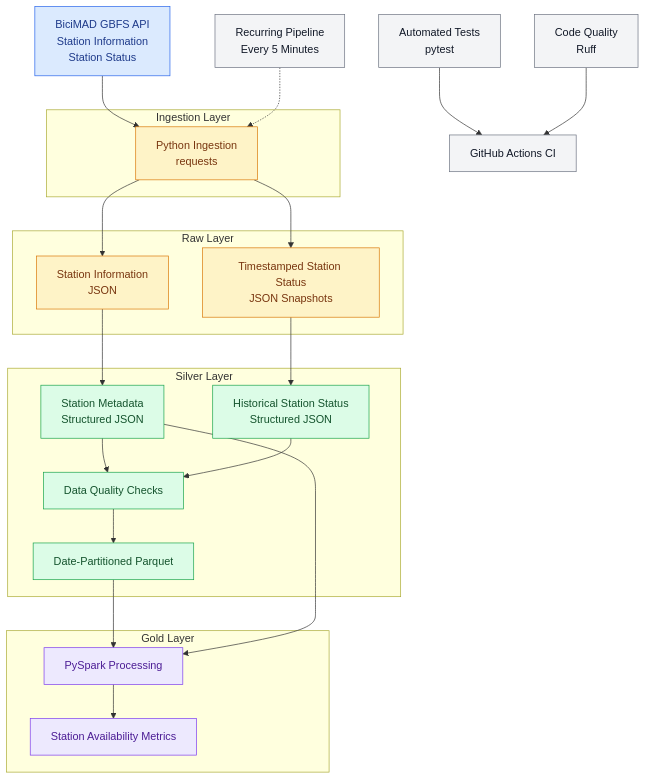
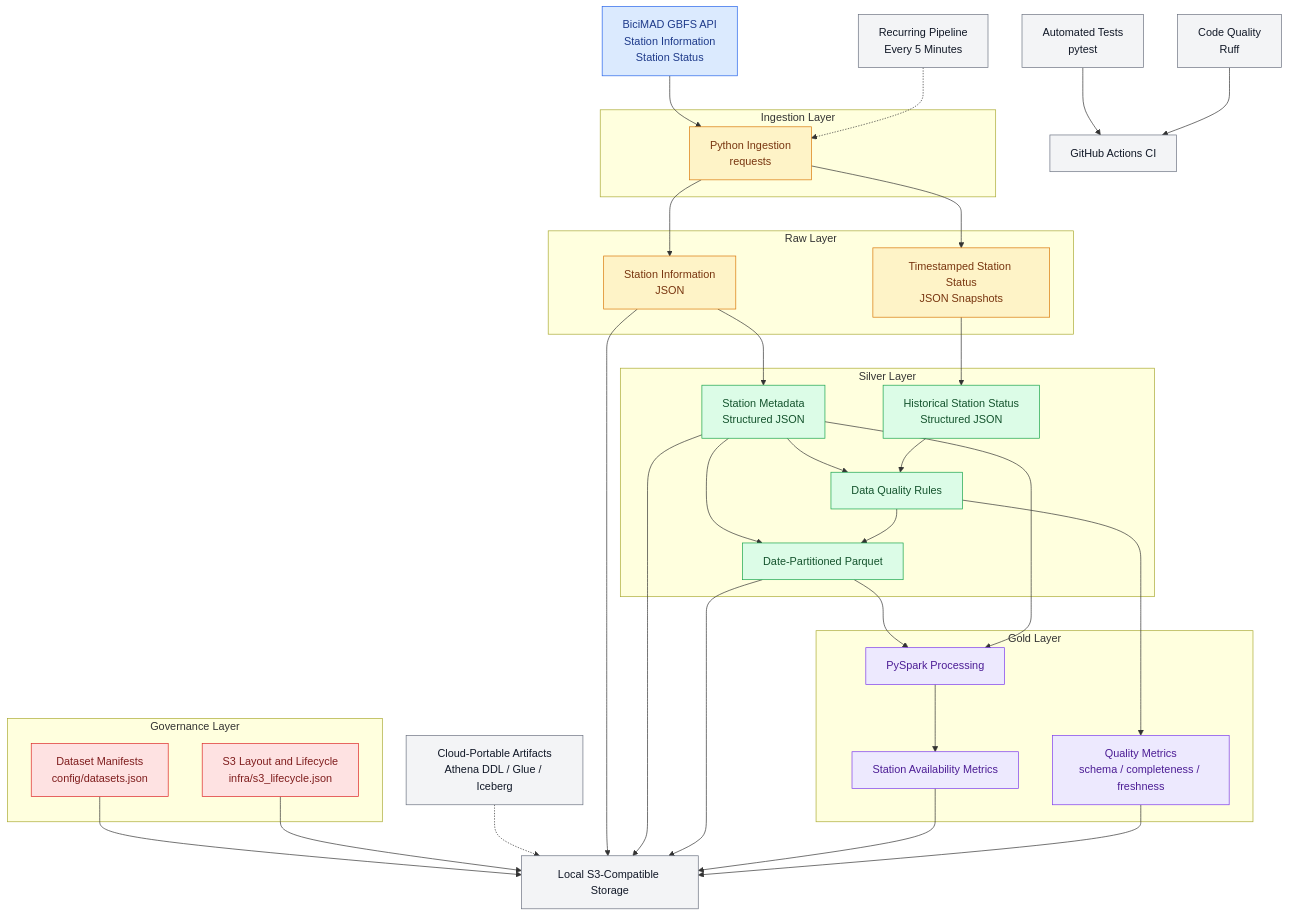
The diagram in architecture.md (PedroCristino2020/real-time-mobility-data-platform), drawn with Mermaid before and after one commit. The commit also changed other lines of this file and 27 other files, not shown here.

First line of the commit message:
Add data governance and analytics layer

````diff
--- a/architecture.md
+++ b/architecture.md
@@ -9,58 +11,77 @@
 ```mermaid
 flowchart TD
     A["BiciMAD GBFS API<br/>Station Information<br/>Station Status"]
 
     subgraph ING["Ingestion Layer"]
         B["Python Ingestion<br/>requests"]
     end
 
     subgraph RAW["Raw Layer"]
         C["Station Information<br/>JSON"]
         D["Timestamped Station Status<br/>JSON Snapshots"]
     end
 
     subgraph SILVER["Silver Layer"]
         E["Station Metadata<br/>Structured JSON"]
         F["Historical Station Status<br/>Structured JSON"]
-        G["Data Quality Checks"]
+        G["Data Quality Rules"]
         H["Date-Partitioned Parquet"]
     end
 
     subgraph GOLD["Gold Layer"]
         I["PySpark Processing"]
         J["Station Availability Metrics"]
+        K["Quality Metrics<br/>schema / completeness / freshness"]
     end
 
-    K["Automated Tests<br/>pytest"]
-    L["Code Quality<br/>Ruff"]
-    M["GitHub Actions CI"]
-    N["Recurring Pipeline<br/>Every 5 Minutes"]
+    subgraph GOV["Governance Layer"]
+        L["Dataset Manifests<br/>config/datasets.json"]
+        M["S3 Layout and Lifecycle<br/>infra/s3_lifecycle.json"]
+    end
+
+    N["Local S3-Compatible Storage"]
+    O["Cloud-Portable Artifacts<br/>Athena DDL / Glue / Iceberg"]
+    P["Automated Tests<br/>pytest"]
+    Q["Code Quality<br/>Ruff"]
+    R["GitHub Actions CI"]
+    S["Recurring Pipeline<br/>Every 5 Minutes"]
 
     A --> B
     B --> C
     B --> D
     C --> E
     D --> F
     E --> G
     F --> G
+    E --> H
     G --> H
     H --> I
     E --> I
     I --> J
-
-    K --> M
-    L --> M
-    N -.-> B
+    G --> K
+    L --> N
+    M --> N
+    O -.-> N
+    C --> N
+    E --> N
+    H --> N
+    J --> N
+    K --> N
+    P --> R
+    Q --> R
+    S -.-> B
 
     classDef source fill:#dbeafe,stroke:#2563eb,color:#1e3a8a
     classDef raw fill:#fef3c7,stroke:#d97706,color:#78350f
     classDef silver fill:#dcfce7,stroke:#16a34a,color:#14532d
     classDef gold fill:#ede9fe,stroke:#7c3aed,color:#4c1d95
+    classDef gov fill:#fee2e2,stroke:#dc2626,color:#7f1d1d
     classDef ci fill:#f3f4f6,stroke:#6b7280,color:#111827
 
     class A source
     class B,C,D raw
     class E,F,G,H silver
-    class I,J gold
-    class K,L,M,N ci
+    class I,J,K gold
+    class L,M gov
+    class N,O,P,Q,R,S ci
 ```
````
